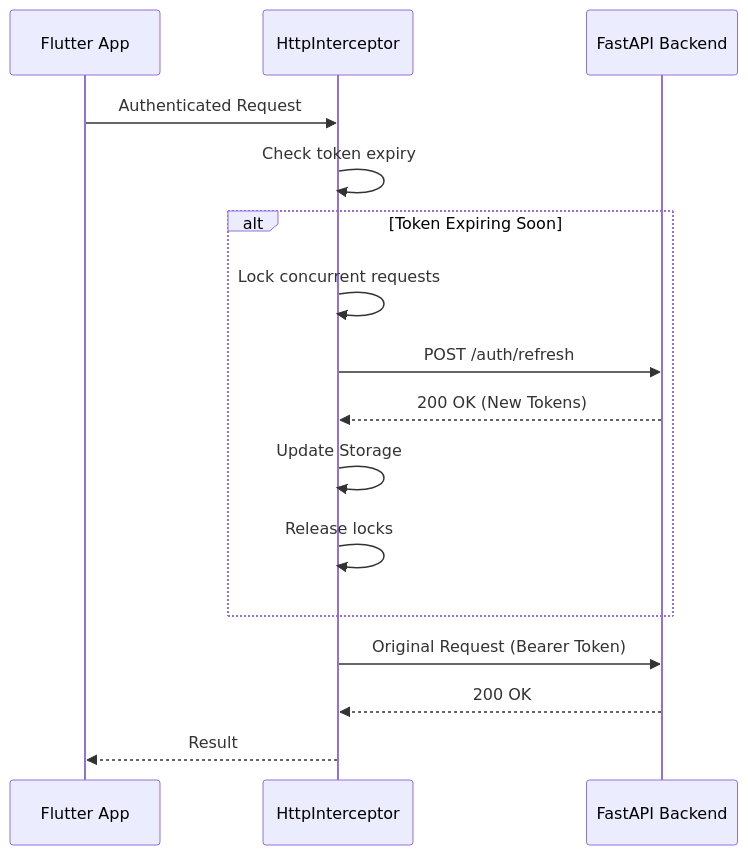
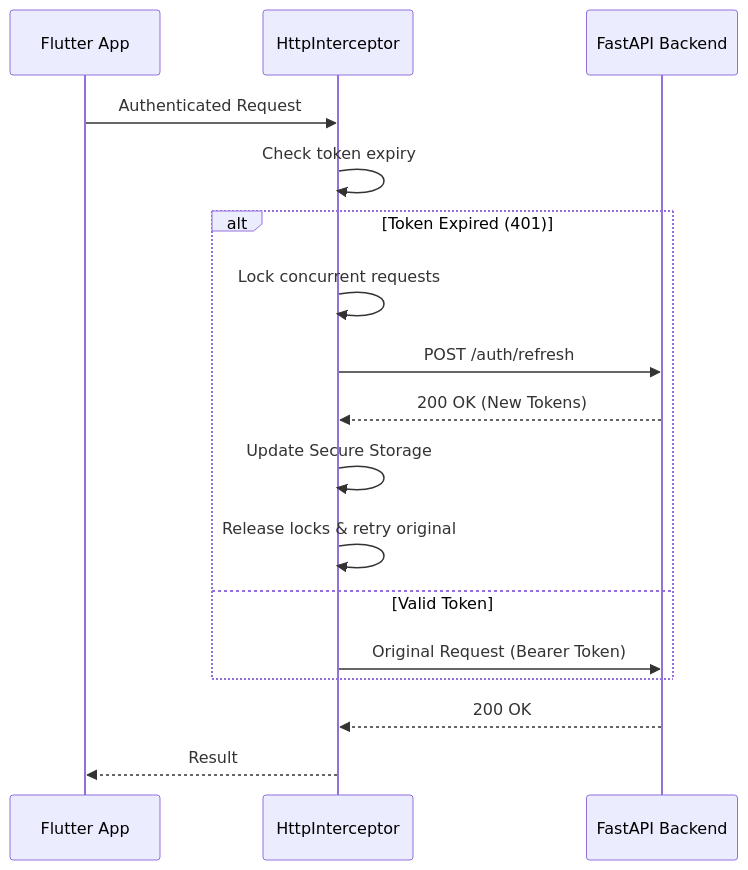
The diagram in docs-site/docs/api-client.md (shashigemini/cs698-repo), drawn with Mermaid before and after one commit. The commit also changed other lines of this file and 385 other files, not shown here.

````diff
--- a/docs-site/docs/api-client.md
+++ b/docs-site/docs/api-client.md
@@ -11,19 +12,20 @@
 ```mermaid
 sequenceDiagram
     participant App as Flutter App
     participant Int as HttpInterceptor
     participant API as FastAPI Backend
     
     App->>Int: Authenticated Request
     Int->>Int: Check token expiry
-    alt Token Expiring Soon
+    alt Token Expired (401)
         Int->>Int: Lock concurrent requests
         Int->>API: POST /auth/refresh
         API-->>Int: 200 OK (New Tokens)
-        Int->>Int: Update Storage
-        Int->>Int: Release locks
+        Int->>Int: Update Secure Storage
+        Int->>Int: Release locks & retry original
+    else Valid Token
+        Int->>API: Original Request (Bearer Token)
     end
-    Int->>API: Original Request (Bearer Token)
     API-->>Int: 200 OK
     Int-->>App: Result
 ```
````
